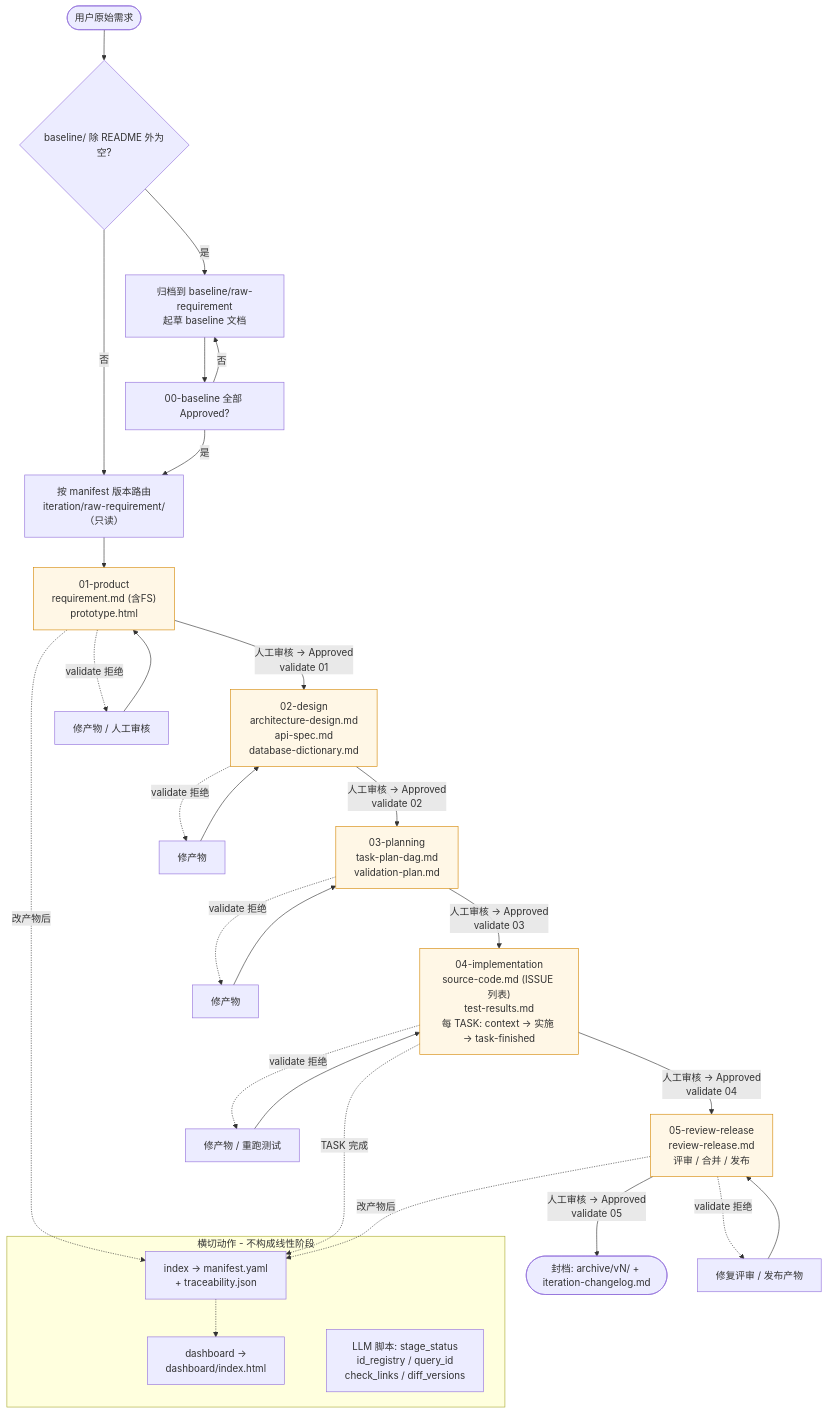
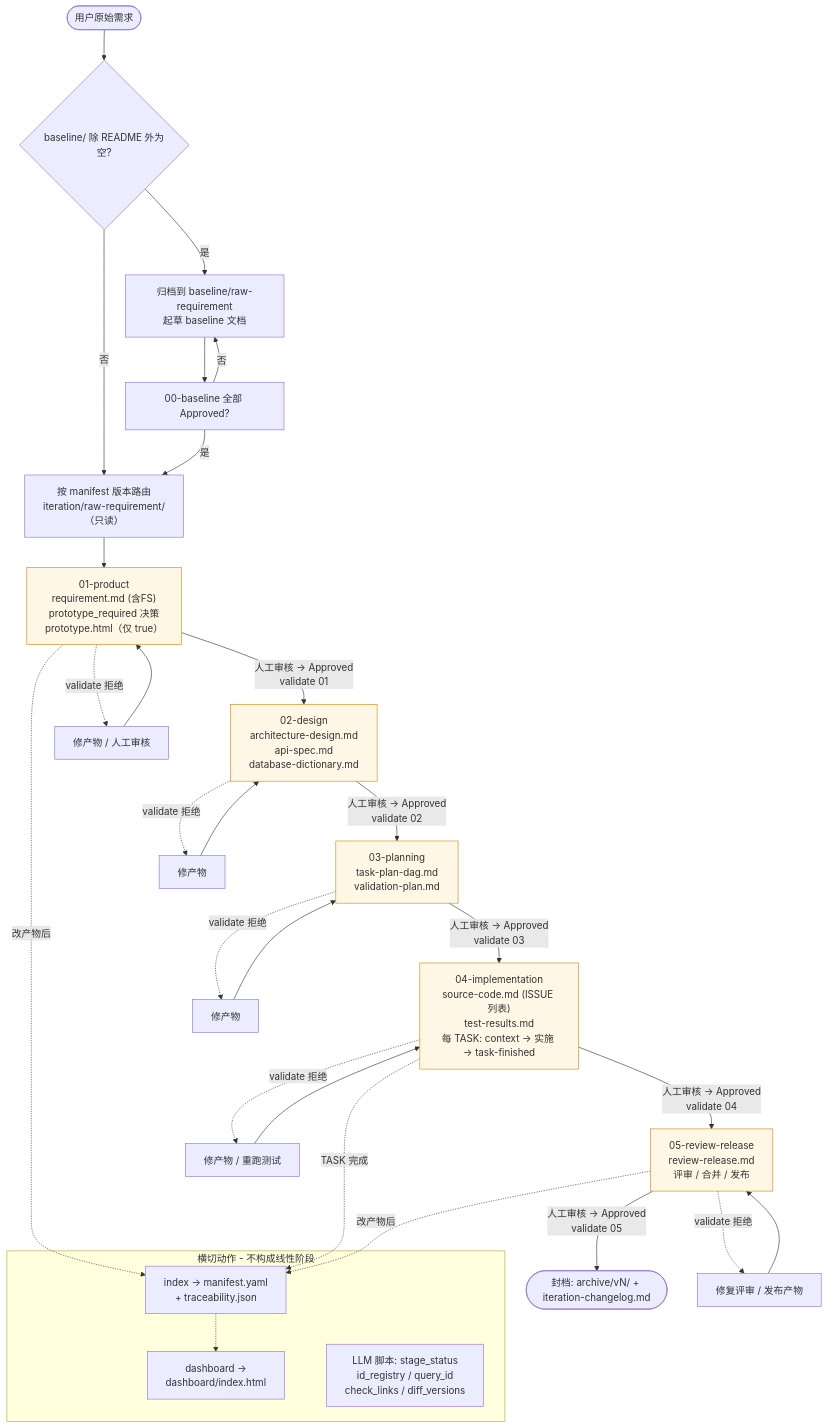
The diagram in README.md (Albertzc/AlchemyWorks), drawn with Mermaid before and after one commit. The commit also changed other lines of this file and 10 other files, not shown here.

````diff
--- a/README.md
+++ b/README.md
@@ -156,42 +158,42 @@
 ```mermaid
 flowchart TD
     Start([用户原始需求]) --> Intake{baseline/ 除 README 外为空?}
     Intake -- 是 --> Bfix[归档到 baseline/raw-requirement<br/>起草 baseline 文档]
     Bfix --> B0[00-baseline 全部 Approved?]
     B0 -- 否 --> Bfix
     Intake -- 否 --> R0["按 manifest 版本路由<br/>iteration/raw-requirement/（只读）"]
     B0 -- 是 --> R0
     R0 --> S1
 
-    S1["01-product<br/>requirement.md (含FS)<br/>prototype.html"]
+    S1["01-product<br/>requirement.md (含FS)<br/>prototype_required 决策<br/>prototype.html（仅 true）"]
     S2["02-design<br/>architecture-design.md<br/>api-spec.md<br/>database-dictionary.md"]
     S3["03-planning<br/>task-plan-dag.md<br/>validation-plan.md"]
     S4["04-implementation<br/>source-code.md (ISSUE 列表)<br/>test-results.md<br/>每 TASK: context → 实施 → task-finished"]
     S5["05-review-release<br/>review-release.md<br/>评审 / 合并 / 发布"]
     Arch([封档: archive/vN/ + iteration-changelog.md])
 
     S1 -- 人工审核 → Approved<br/>validate 01 --> S2
     S2 -- 人工审核 → Approved<br/>validate 02 --> S3
     S3 -- 人工审核 → Approved<br/>validate 03 --> S4
     S4 -- 人工审核 → Approved<br/>validate 04 --> S5
     S5 -- 人工审核 → Approved<br/>validate 05 --> Arch
 
     subgraph X[横切动作 - 不构成线性阶段]
         X1["index → manifest.yaml<br/>+ traceability.json<br/>"]
         X2["dashboard →<br/>dashboard/index.html"]
         X3["LLM 脚本: stage_status<br/>id_registry / query_id<br/>check_links / diff_versions"]
     end
     S1 -.改产物后.-> X1
     S4 -.TASK 完成.-> X1
     S5 -.改产物后.-> X1
     X1 -.-> X2
 
     S1 -.validate 拒绝.-> R1[修产物 / 人工审核] --> S1
     S2 -.validate 拒绝.-> R2[修产物] --> S2
     S3 -.validate 拒绝.-> R3[修产物] --> S3
     S4 -.validate 拒绝.-> R4[修产物 / 重跑测试] --> S4
     S5 -.validate 拒绝.-> R5[修复评审 / 发布产物] --> S5
 
     classDef gate fill:#fff7e6,stroke:#d48806,stroke-width:1px;
     class S1,S2,S3,S4,S5 gate;
 ```
````
